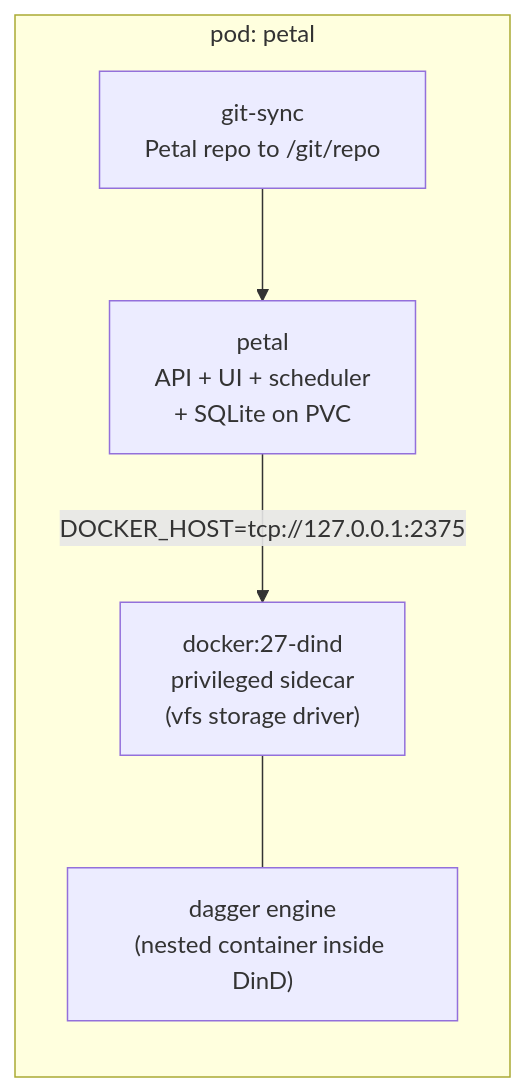
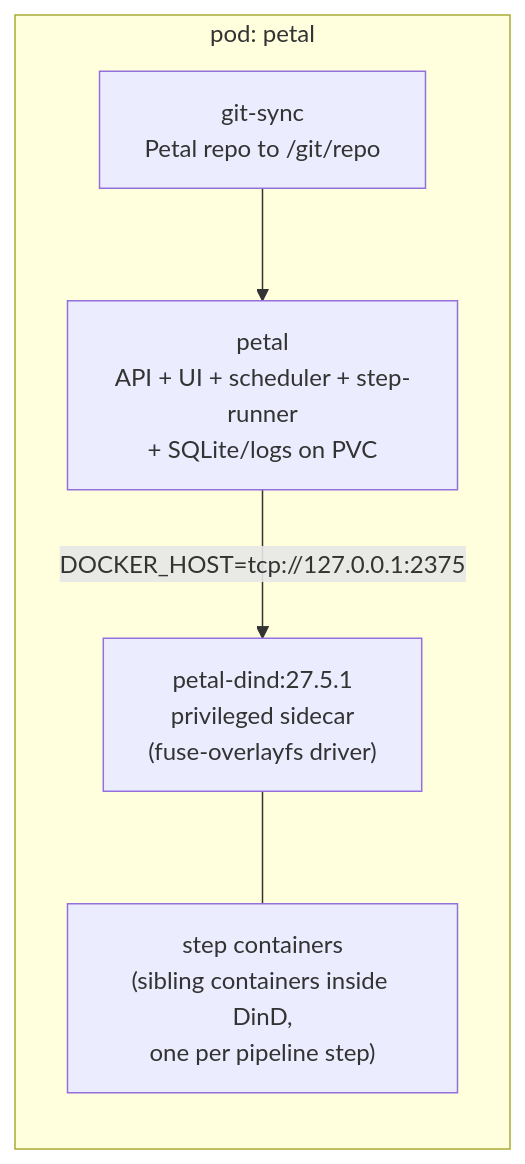
The diagram in README.md (Blacklotus89898/Homelab), drawn with Mermaid before and after one commit. The commit also changed other lines of this file and 3 other files, not shown here.

First line of the commit message:
feat(petal): switch deployment to step-runner executor, drop Dagger engine pre-pull

````diff
--- a/README.md
+++ b/README.md
@@ -281,12 +281,12 @@
 ```mermaid
 flowchart LR
   subgraph pod["pod: petal"]
-    P["petal<br/>API + UI + scheduler<br/>+ SQLite on PVC"]
-    D["docker:27-dind<br/>privileged sidecar<br/>(vfs storage driver)"]
+    P["petal<br/>API + UI + scheduler + step-runner<br/>+ SQLite/logs on PVC"]
+    D["petal-dind:27.5.1<br/>privileged sidecar<br/>(fuse-overlayfs driver)"]
     G["git-sync<br/>Petal repo to /git/repo"]
-    E["dagger engine<br/>(nested container inside DinD)"]
+    S["step containers<br/>(sibling containers inside DinD,<br/>one per pipeline step)"]
   end
   P -- "DOCKER_HOST=tcp://127.0.0.1:2375" --> D
-  D --- E
+  D --- S
   G --> P
 ```
````
